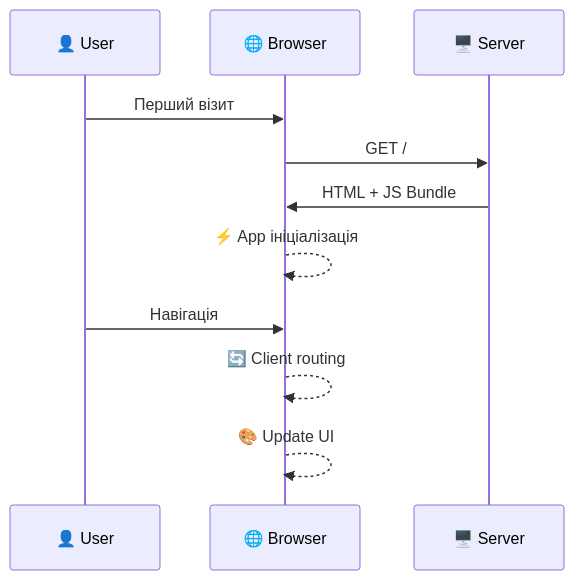
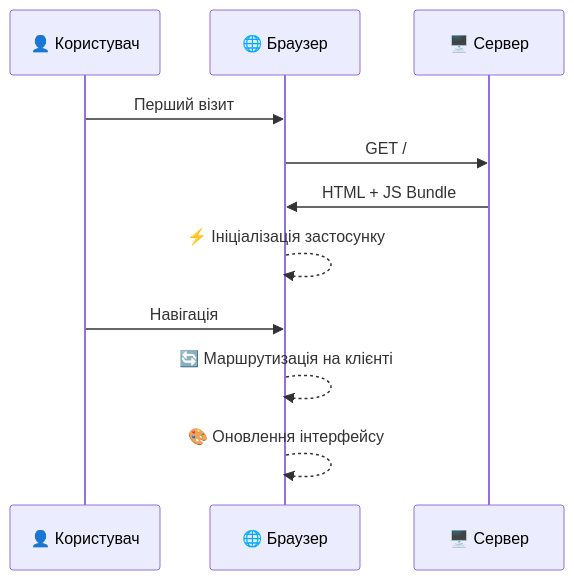
One commit to olroi421/course-web changed the tenth of 17 diagrams in presentations/presentation-01.md. Above: the diagram before and after it, drawn with Mermaid. The commit also changed other lines of this file and 4 other files, not shown here.

````diff
--- a/presentations/presentation-01.md
+++ b/presentations/presentation-01.md
@@ -336,15 +356,15 @@
 ```mermaid
 sequenceDiagram
-    participant U as 👤 User
-    participant B as 🌐 Browser
-    participant S as 🖥️ Server
+    participant U as 👤 Користувач
+    participant B as 🌐 Браузер
+    participant S as 🖥️ Сервер
 
     U->>B: Перший візит
     B->>S: GET /
     S->>B: HTML + JS Bundle
-    B-->>B: ⚡ App ініціалізація
+    B-->>B: ⚡ Ініціалізація застосунку
 
     U->>B: Навігація
-    B-->>B: 🔄 Client routing
-    B-->>B: 🎨 Update UI
+    B-->>B: 🔄 Маршрутизація на клієнті
+    B-->>B: 🎨 Оновлення інтерфейсу
 ```
````
